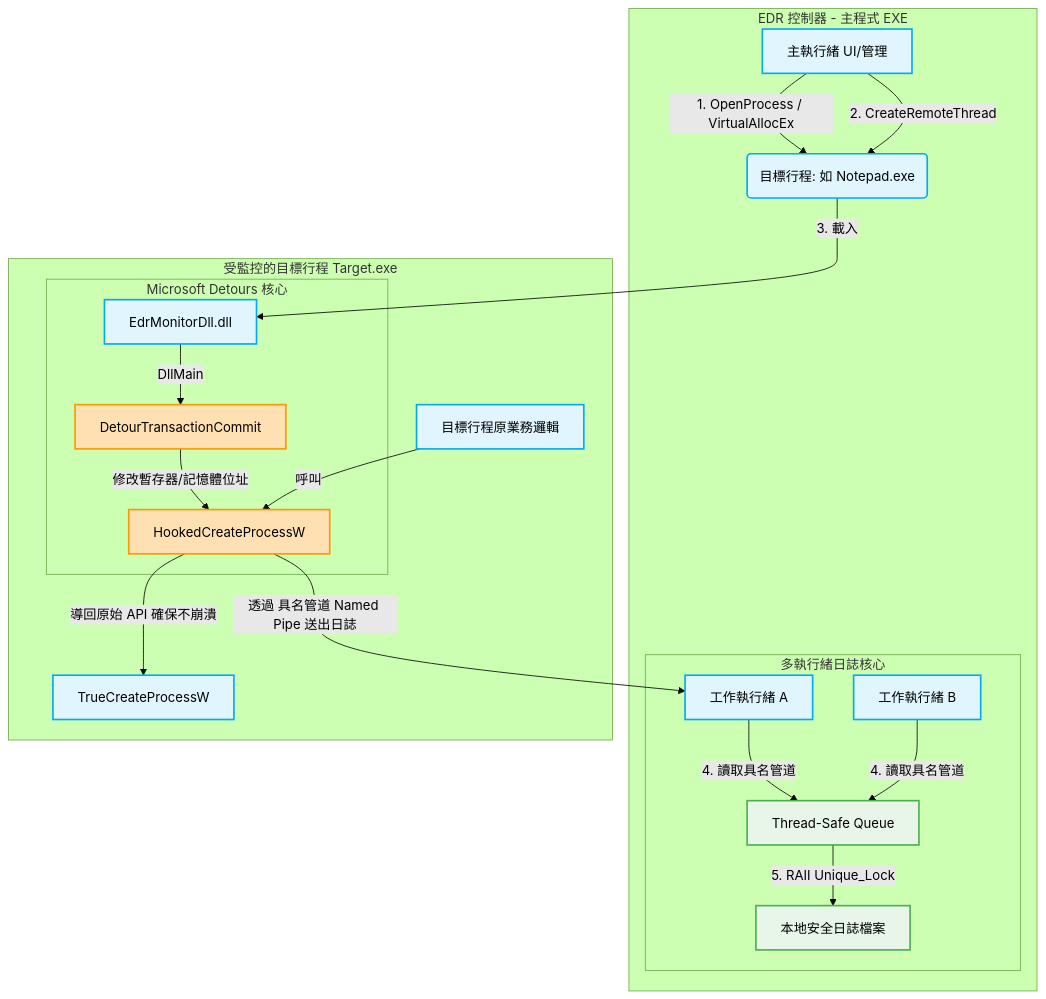
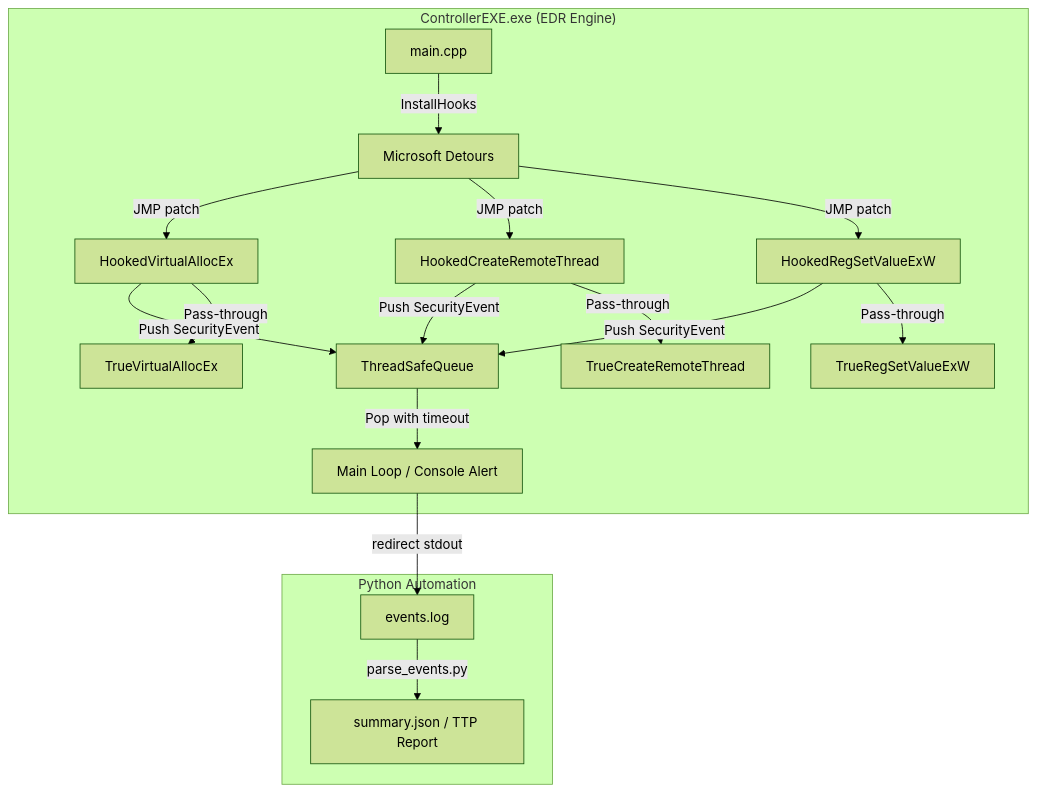
The diagram in README.md (rexlim820220/SentinelLite-EDR), drawn with Mermaid (forest theme) before and after one commit. The commit also changed other lines of this file, not shown here.

Commit message:
docs: expand README with architecture, features, and demo
- Changed project title formatting from H1 to H2
- Added detailed Architecture section with updated mermaid diagram
- Documented key Features including API hooking, event queue, severity classification, MITRE ATT&CK T1055 detection, and Python automation
- Included Demo section with console output, Python report, and attack simulation walkthrough
- Added Known Limitations & Next Steps table highlighting production considerations
- Provided Build instructions for Visual Studio setup

````diff
--- a/README.md
+++ b/README.md
@@ -4,38 +7,21 @@
 ```mermaid
 graph TD
-    %% 節點樣式定義
-    classDef userSpace fill:#e1f5fe,stroke:#03a9f4,stroke-width:2px;
-    classDef kernelSpace fill:#ffe0b2,stroke:#ff9800,stroke-width:2px;
-    classDef rAII fill:#e8f5e9,stroke:#4caf50,stroke-width:2px;
-
-    %% 模組 A：控制器
-    subgraph EDR_Controller [EDR 控制器 - 主程式 EXE]
-        A[主執行緒 UI/管理] -->|1. OpenProcess / VirtualAllocEx| B(目標行程: 如 Notepad.exe)
-        A -->|2. CreateRemoteThread| B
-        
-        subgraph Thread_Pool [多執行緒日誌核心]
-            C[工作執行緒 A] -->|4. 讀取具名管道| D[Thread-Safe Queue]
-            C2[工作執行緒 B] -->|4. 讀取具名管道| D
-            D -->|5. RAII Unique_Lock| E[本地安全日誌檔案]
-        end
+    subgraph ControllerEXE ["ControllerEXE.exe (EDR Engine)"]
+        A[main.cpp] -->|InstallHooks| B[Microsoft Detours]
+        B -->|JMP patch| C[HookedVirtualAllocEx]
+        B -->|JMP patch| D[HookedCreateRemoteThread]
+        B -->|JMP patch| E[HookedRegSetValueExW]
+        C -->|Push SecurityEvent| F[ThreadSafeQueue]
+        D -->|Push SecurityEvent| F
+        E -->|Push SecurityEvent| F
+        F -->|Pop with timeout| G[Main Loop / Console Alert]
+        C -->|Pass-through| H[TrueVirtualAllocEx]
+        D -->|Pass-through| I[TrueCreateRemoteThread]
+        E -->|Pass-through| J[TrueRegSetValueExW]
     end
 
-    %% 模組 B：被監控的行程
-    subgraph Target_Process [受監控的目標行程 Target.exe]
-        B -->|3. 載入| F[EdrMonitorDll.dll]
-        
-        subgraph Detours_Hook [Microsoft Detours 核心]
-            F -->|DllMain| G[DetourTransactionCommit]
-            G -->|修改暫存器/記憶體位址| H[HookedCreateProcessW]
-        end
-        
-        I[目標行程原業務邏輯] -->|呼叫| H
-        H -->|透過 具名管道 Named Pipe 送出日誌| C
-        H -->|導回原始 API 確保不崩潰| J[TrueCreateProcessW]
+    subgraph Python ["Python Automation"]
+        G -->|redirect stdout| K[events.log]
+        K -->|parse_events.py| L[summary.json / TTP Report]
     end
-
-    %% 套用樣式
-    class A,B,C,C2,F,I,J userSpace;
-    class G,H kernelSpace;
-    class D,E rAII;
 ```
````
